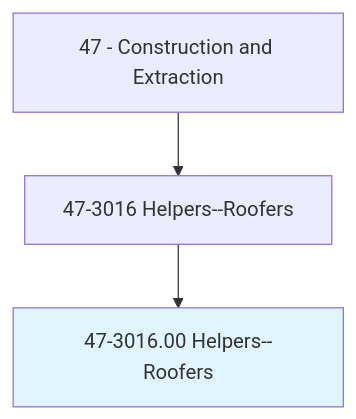
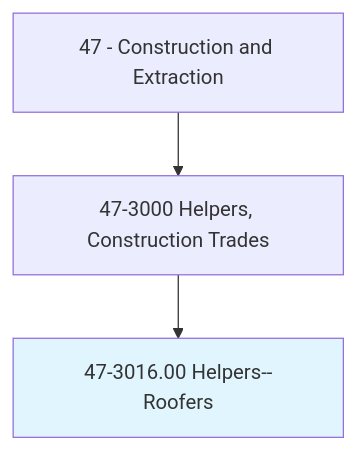
One commit to kziemski/business.org.ai changed the first of 4 diagrams in occupations/Construction/HelpersRoofers.mdx. Above: the diagram before and after it, drawn with Mermaid. The commit also changed other lines of this file and 938 other files, not shown here.

````diff
--- a/occupations/Construction/HelpersRoofers.mdx
+++ b/occupations/Construction/HelpersRoofers.mdx
@@ -19,6 +23,6 @@
 ```mermaid
 graph TD
-    Cat47["47 - Construction and Extraction"] --> Group473016["47-3016 Helpers--Roofers"]
-    Group473016 --> Current["47-3016.00 Helpers--Roofers"]
+    Cat47["47 - Construction and Extraction"] --> Group473["47-3000 Helpers, Construction Trades"]
+    Group473 --> Current["47-3016.00 Helpers--Roofers"]
     style Current fill:#e1f5fe
 ```
````
